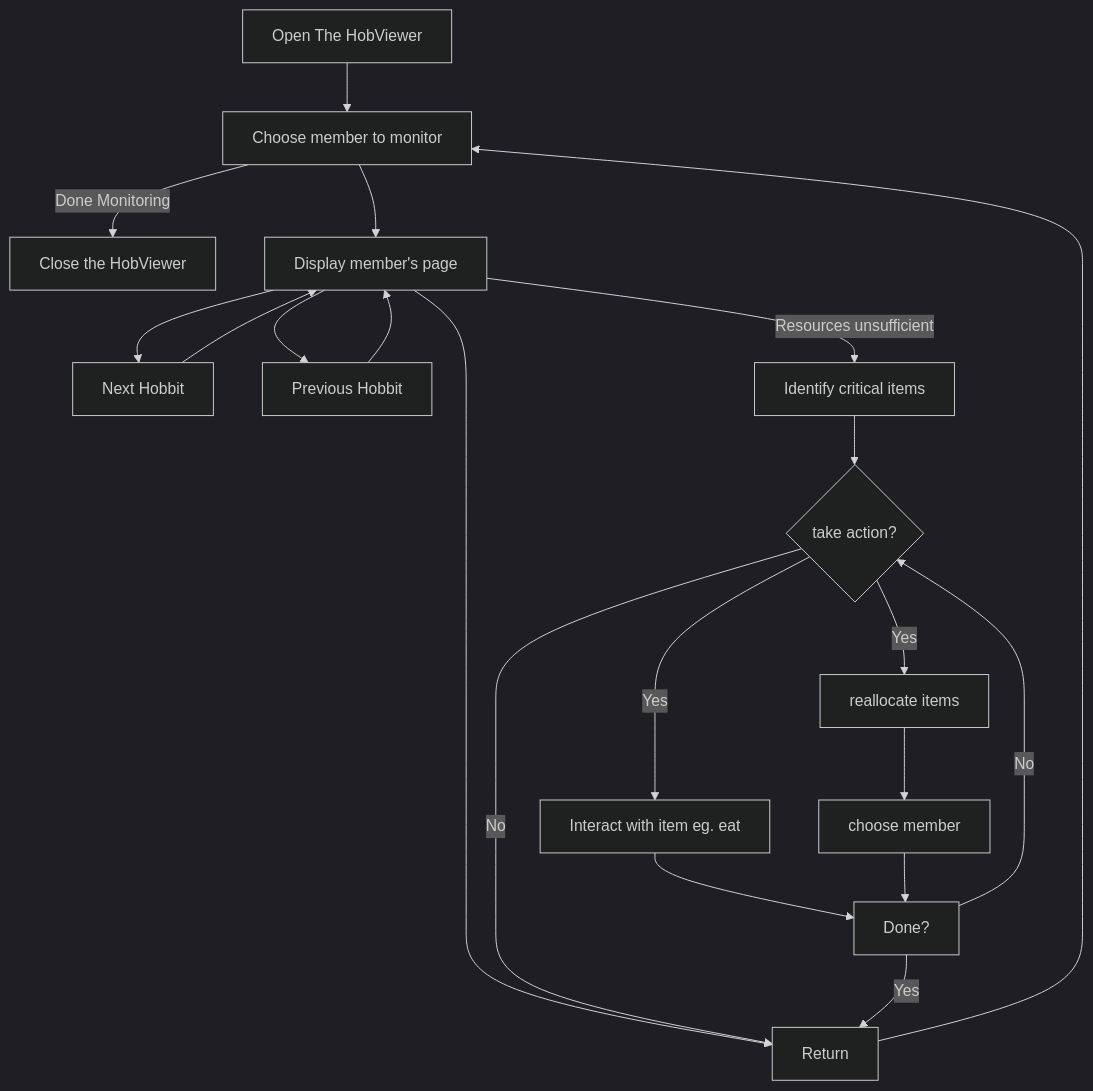
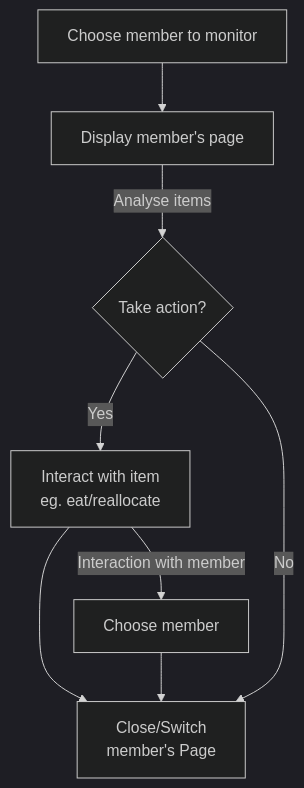
The diagram in Artifacts/Artifact-2/artifact-2-decisions.md (Hug021030/The-Fellowship-of-the-Code-2026), drawn with Mermaid (dark theme) before and after one commit.

Commit message:
updated flowchart
updated the flowchart according to feedback

````diff
--- a/Artifacts/Artifact-2/artifact-2-decisions.md
+++ b/Artifacts/Artifact-2/artifact-2-decisions.md
@@ -24,21 +24,18 @@
 ```mermaid
 flowchart TB
-    A["Open The HobViewer"] --> B
-    B["Choose member to monitor"]
-    B -- Done Monitoring --> M["Close the HobViewer"]
-    B --> C["Display member's page"]
+    
+    A["Choose member to monitor"]
+  
+    A --> B["Display member's page"]
 
-    C --> N["Return"] --> B
-    C --> O["Next Hobbit"] --> C
-    C --> P["Previous Hobbit"] --> C
-    C -- Resources unsufficient --> G["Identify critical items"]
+    B -- Analyse items --> C
     
-    G --> H{"take action?"} -- No --> N 
-    H -- Yes --> J["reallocate items"]
-    H -- Yes --> I["Interact with item eg. eat"] --> L
-    J --> K["choose member"] --> L
+    C{"Take action?"} 
+    C -- Yes --> D["Interact with item 
+                    eg. eat/reallocate"] --> F
+    C -- No --> F
+    D -- Interaction with member --> E["Choose member"] --> F
   
-    L["Done?"]
-    L -- No --> H
-    L -- Yes --> N
+    F["Close/Switch 
+        member's Page"]
  ```
````
